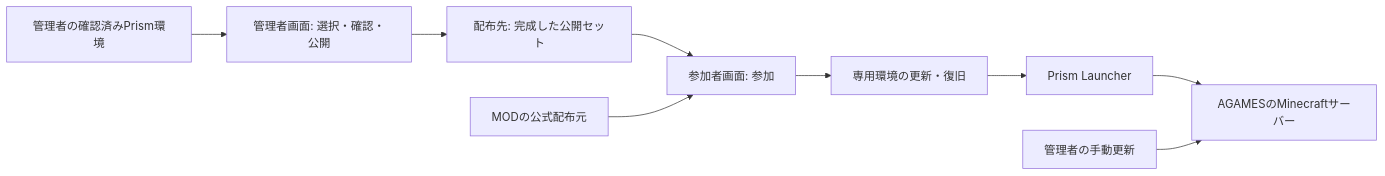
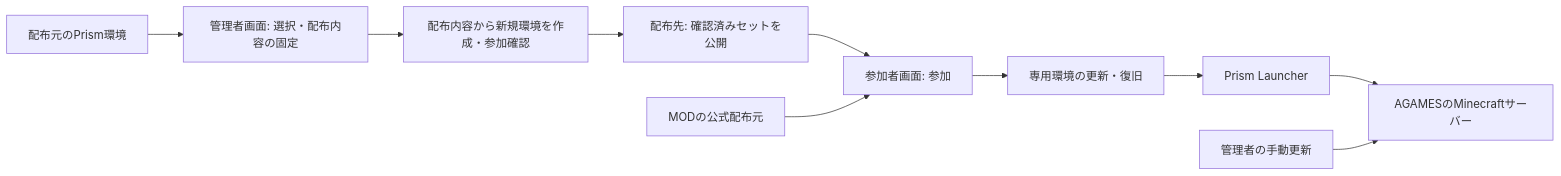
One commit to sakuma-dev/minecraft-mod-sync changed the diagram in docs/design.md. Above: the diagram before and after it, drawn with Mermaid. The commit also changed other lines of this file and 3 other files, not shown here.

````diff
--- a/docs/design.md
+++ b/docs/design.md
@@ -9,11 +9,12 @@
 ```mermaid
 flowchart LR
-    A[管理者の確認済みPrism環境] --> B[管理者画面: 選択・確認・公開]
-    B --> C[配布先: 完成した公開セット]
+    A[配布元のPrism環境] --> B[管理者画面: 選択・配布内容の固定]
+    B --> V[配布内容から新規環境を作成・参加確認]
+    V --> C[配布先: 確認済みセットを公開]
     C --> D[参加者画面: 参加]
     E[MODの公式配布元] --> D
     D --> F[専用環境の更新・復旧]
     F --> G[Prism Launcher]
     G --> H[AGAMESのMinecraftサーバー]
     I[管理者の手動更新] --> H
 ```
````
